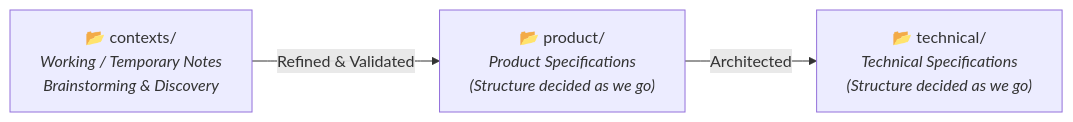
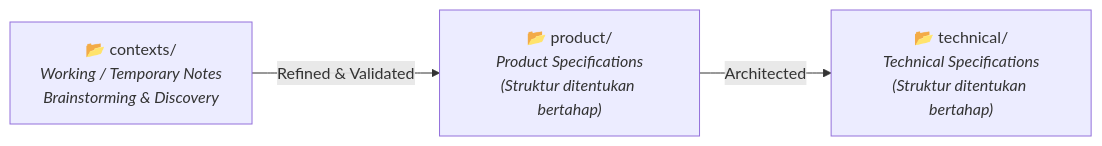
Before and after one commit to mfauzanfikri/tms-docs: the diagram in README.md, drawn with Mermaid. The commit also changed other lines of this file and 4 other files, not shown here.

````diff
--- a/README.md
+++ b/README.md
@@ -21,6 +21,6 @@
 ```mermaid
 flowchart LR
     A["📂 contexts/<br><i>Working / Temporary Notes<br>Brainstorming & Discovery</i>"]
-    -->|Refined & Validated| B["📂 product/<br><i>Product Specifications<br>(Structure decided as we go)</i>"]
-    -->|Architected| C["📂 technical/<br><i>Technical Specifications<br>(Structure decided as we go)</i>"]
+    -->|Refined & Validated| B["📂 product/<br><i>Product Specifications<br>(Struktur ditentukan bertahap)</i>"]
+    -->|Architected| C["📂 technical/<br><i>Technical Specifications<br>(Struktur ditentukan bertahap)</i>"]
 ```
````
